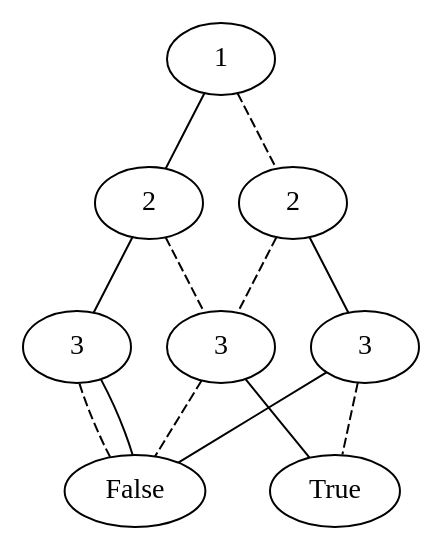
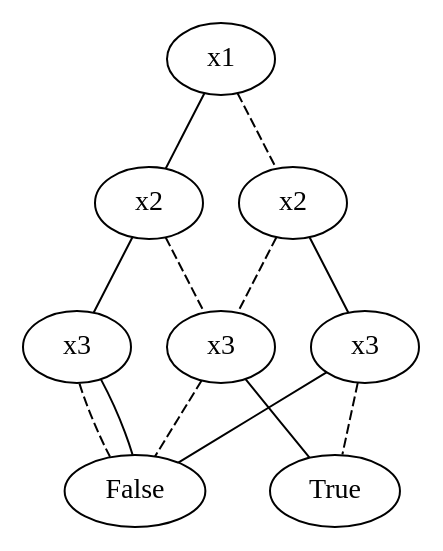
One commit to khiem2105/ROBDD changed the diagram in graph_image/compressed_tree_1.gv. Above: the diagram before and after it, drawn with Graphviz. The commit also changed 32 other files, not shown here.

```diff
--- a/graph_image/compressed_tree_1.gv
+++ b/graph_image/compressed_tree_1.gv
@@ -1,22 +1,22 @@
 graph compressed_tree_1 {
-	140569657128176 [label=1]
-	140569657127648 [label=2]
-	140569657128176 -- 140569657127648 [style=dashed]
-	140569657128608 [label=3]
-	140569657127648 -- 140569657128608 [style=dashed]
-	140569657128800 [label=False]
-	140569657128608 -- 140569657128800 [style=dashed]
-	140569657128032 [label=True]
-	140569657128608 -- 140569657128032
-	140569657128560 [label=3]
-	140569657127648 -- 140569657128560
-	140569657128560 -- 140569657128032 [style=dashed]
-	140569657128560 -- 140569657128800
-	140569657128896 [label=2]
-	140569657128176 -- 140569657128896
-	140569657128896 -- 140569657128608 [style=dashed]
-	140569657130096 [label=3]
-	140569657128896 -- 140569657130096
-	140569657130096 -- 140569657128800 [style=dashed]
-	140569657130096 -- 140569657128800
+	140331402458256 [label=x1]
+	140331402835136 [label=x2]
+	140331402458256 -- 140331402835136 [style=dashed]
+	140331402836336 [label=x3]
+	140331402835136 -- 140331402836336 [style=dashed]
+	140331402836576 [label=False]
+	140331402836336 -- 140331402836576 [style=dashed]
+	140331402837440 [label=True]
+	140331402836336 -- 140331402837440
+	140331402836624 [label=x3]
+	140331402835136 -- 140331402836624
+	140331402836624 -- 140331402837440 [style=dashed]
+	140331402836624 -- 140331402836576
+	140331402834800 [label=x2]
+	140331402458256 -- 140331402834800
+	140331402834800 -- 140331402836336 [style=dashed]
+	140331402457200 [label=x3]
+	140331402834800 -- 140331402457200
+	140331402457200 -- 140331402836576 [style=dashed]
+	140331402457200 -- 140331402836576
 }
```
